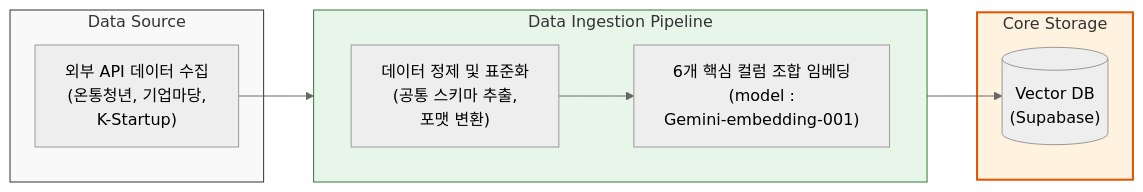
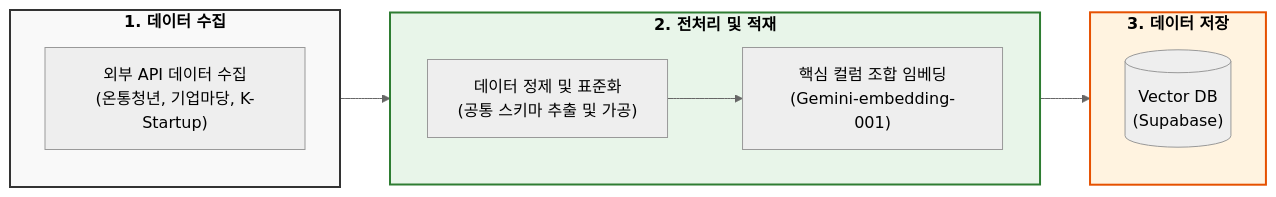
One commit to KittyNat123/PolicyRec changed the first of 2 diagrams in 김보미/policyRec_발표자료_작업분담_김보미.md. Above: the diagram before and after it, drawn with Mermaid (neutral theme). The commit also changed other lines of this file and 2 other files, not shown here.

Commit message:
파이프라인 도식화 수정

````diff
--- a/김보미/policyRec_발표자료_작업분담_김보미.md
+++ b/김보미/policyRec_발표자료_작업분담_김보미.md
@@ -68,23 +72,30 @@
 ```mermaid
 flowchart LR
-    subgraph Source["Data Source"]
-        API["외부 API 데이터 수집<br/>(온통청년, 기업마당, <br/>K-Startup)"]
+    %% 1. 외부 데이터 수집 구역
+    subgraph Source["<font color='black'><b>1. 데이터 수집</b></font>"]
+        direction TB
+        API["외부 API 데이터 수집<br/>(온통청년, 기업마당, K-Startup)"]
     end
 
-    subgraph Pipeline["Data Ingestion Pipeline"]
+    %% 2. 전처리 및 임베딩 파이프라인
+    subgraph Pipeline["<font color='black'><b>2. 전처리 및 적재</b></font>"]
         direction LR
-        ETL["데이터 정제 및 표준화<br/>(공통 스키마 추출, <br/>포맷 변환)"] --> EMB["6개 핵심 컬럼 조합 임베딩 <br/>(model :<br/> Gemini-embedding-001)"]
+        ETL["데이터 정제 및 표준화<br/>(공통 스키마 추출 및 가공)"] --> EMB["핵심 컬럼 조합 임베딩<br/>(Gemini-embedding-001)"]
     end
 
-    subgraph Storage["Core Storage"]
+    %% 3. 최종 저장소
+    subgraph Storage["<font color='black'><b>3. 데이터 저장</b></font>"]
+        direction TB
         DB[("Vector DB<br/>(Supabase)")]
     end
 
+    %% 연결 관계
     API --> ETL
     EMB --> DB
 
-    %% Style
-    style Source fill:#f9f9f9,stroke:#333
-    style Pipeline fill:#e8f5e9,stroke:#2e7d32
+    %% --- 스타일 설정 ---
+    style Source fill:#f9f9f9,stroke:#333,stroke-width:2px
+    style Pipeline fill:#e8f5e9,stroke:#2e7d32,stroke-width:2px
     style Storage fill:#fff3e0,stroke:#e65100,stroke-width:2px
+
 ```
````
